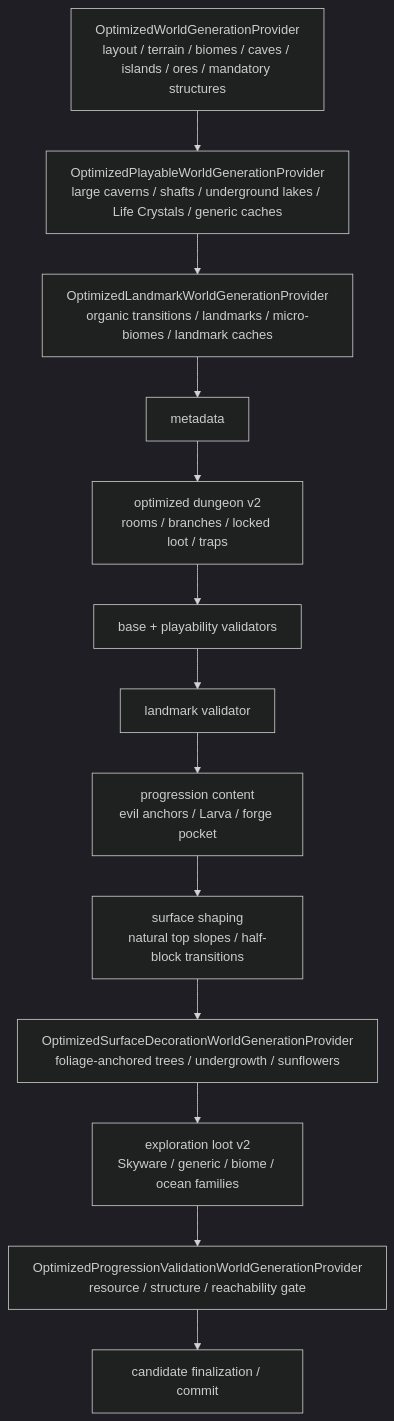
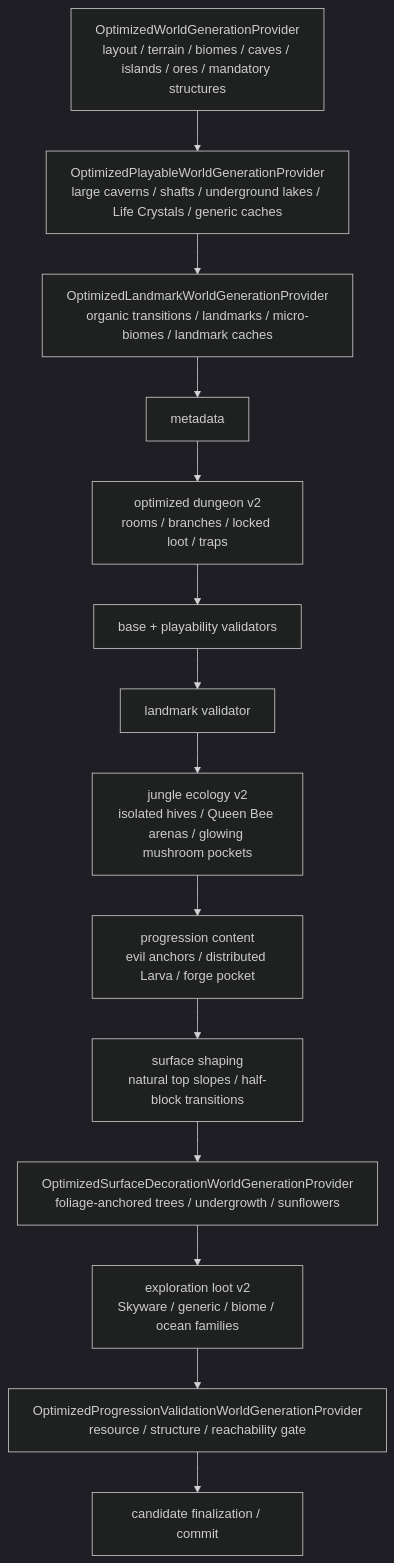
One commit to VegaKernel/TerraRuntime changed the diagram in docs/en/optimized-world-generation.md. Above: the diagram before and after it, drawn with Mermaid (dark theme). The commit also changed other lines of this file and 7 other files, not shown here.

First line of the commit message:
Add scalable jungle ecology v2

````diff
--- a/docs/en/optimized-world-generation.md
+++ b/docs/en/optimized-world-generation.md
@@ -24,18 +24,19 @@
 ```mermaid
 flowchart TD
     Base["OptimizedWorldGenerationProvider<br/>layout / terrain / biomes / caves / islands / ores / mandatory structures"]
     Play["OptimizedPlayableWorldGenerationProvider<br/>large caverns / shafts / underground lakes / Life Crystals / generic caches"]
     Land["OptimizedLandmarkWorldGenerationProvider<br/>organic transitions / landmarks / micro-biomes / landmark caches"]
     Meta["metadata"]
     Dungeon["optimized dungeon v2<br/>rooms / branches / locked loot / traps"]
     PVal["base + playability validators"]
     LVal["landmark validator"]
-    Content["progression content<br/>evil anchors / Larva / forge pocket"]
+    Ecology["jungle ecology v2<br/>isolated hives / Queen Bee arenas / glowing mushroom pockets"]
+    Content["progression content<br/>evil anchors / distributed Larva / forge pocket"]
     Shape["surface shaping<br/>natural top slopes / half-block transitions"]
     Surf["OptimizedSurfaceDecorationWorldGenerationProvider<br/>foliage-anchored trees / undergrowth / sunflowers"]
     Loot["exploration loot v2<br/>Skyware / generic / biome / ocean families"]
     Prog["OptimizedProgressionValidationWorldGenerationProvider<br/>resource / structure / reachability gate"]
     Commit["candidate finalization / commit"]
 
-    Base --> Play --> Land --> Meta --> Dungeon --> PVal --> LVal --> Content --> Shape --> Surf --> Loot --> Prog --> Commit
+    Base --> Play --> Land --> Meta --> Dungeon --> PVal --> LVal --> Ecology --> Content --> Shape --> Surf --> Loot --> Prog --> Commit
 ```
````
